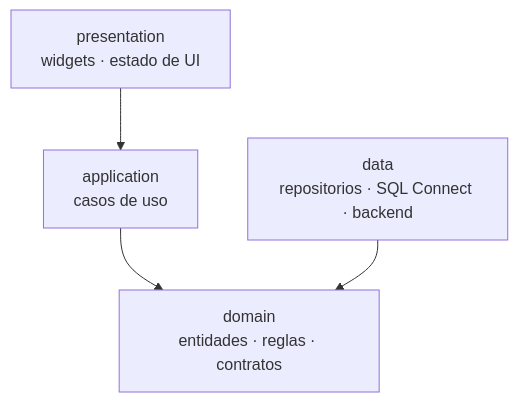
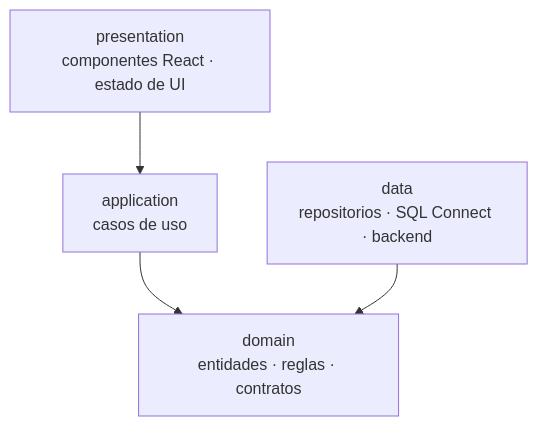
Before and after one commit to yuliniri200712-bit/Tavelyo: the second of 2 diagrams in docs/architecture/overview.md, drawn with Mermaid. The commit also changed other lines of this file and 19 other files, not shown here.

````diff
--- a/docs/architecture/overview.md
+++ b/docs/architecture/overview.md
@@ -64,6 +66,6 @@
 ```mermaid
 flowchart TB
-  P[presentation<br/>widgets · estado de UI] --> A[application<br/>casos de uso]
+  P[presentation<br/>componentes React · estado de UI] --> A[application<br/>casos de uso]
   A --> D[domain<br/>entidades · reglas · contratos]
   DA[data<br/>repositorios · SQL Connect · backend] --> D
 ```
````
